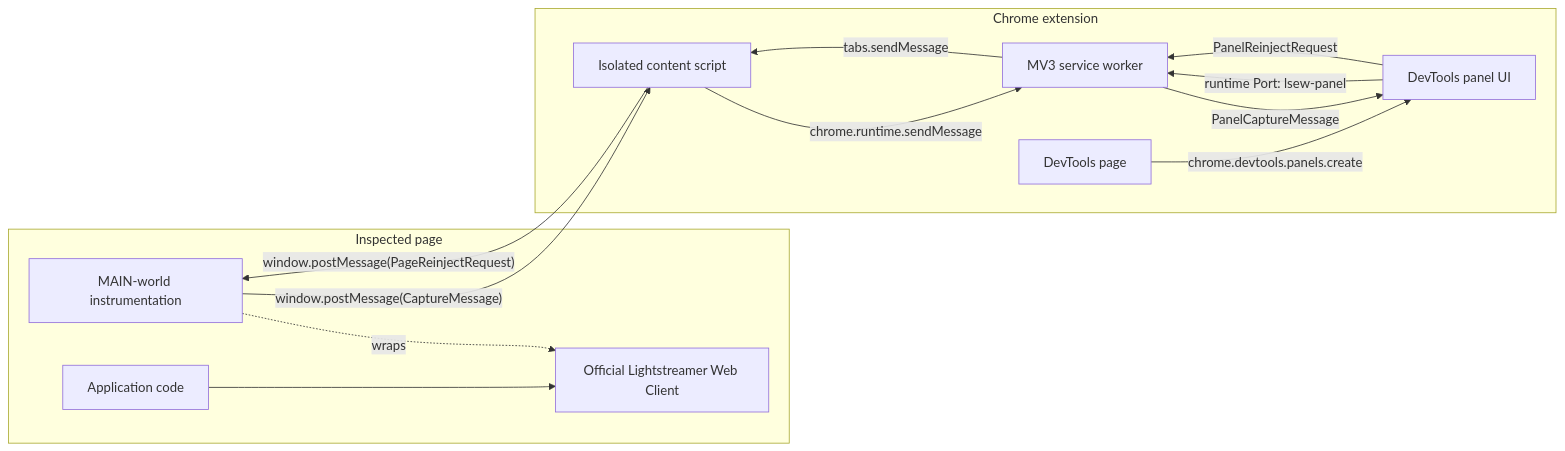
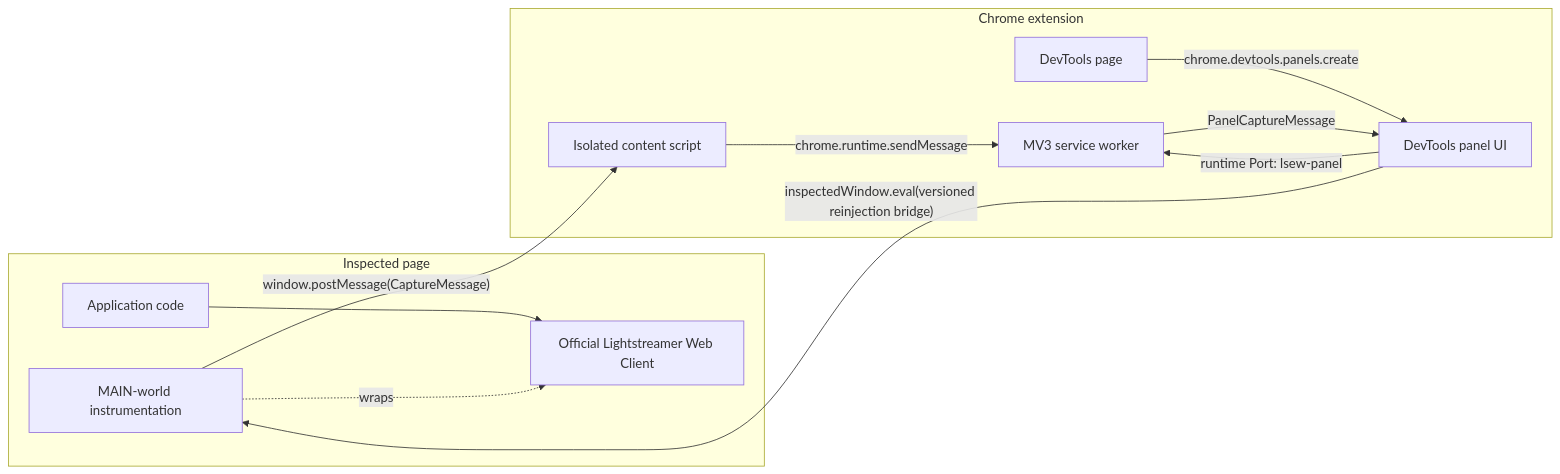
Before and after one commit to imom39a/lightstreamer-workbench-extension: the first of 7 diagrams in docs/ARCHITECTURE.md, drawn with Mermaid. The commit also changed other lines of this file and 5 other files, not shown here.

````diff
--- a/docs/ARCHITECTURE.md
+++ b/docs/ARCHITECTURE.md
@@ -50,26 +50,24 @@
 ```mermaid
 flowchart LR
   subgraph Page["Inspected page"]
     App["Application code"]
     LS["Official Lightstreamer Web Client"]
     Injected["MAIN-world instrumentation"]
   end
 
   subgraph Extension["Chrome extension"]
     Content["Isolated content script"]
     Background["MV3 service worker"]
     Devtools["DevTools page"]
     Panel["DevTools panel UI"]
   end
 
   App --> LS
   Injected -. wraps .-> LS
   Injected -- "window.postMessage(CaptureMessage)" --> Content
   Content -- "chrome.runtime.sendMessage" --> Background
   Devtools -- "chrome.devtools.panels.create" --> Panel
   Panel -- "runtime Port: lsew-panel" --> Background
   Background -- "PanelCaptureMessage" --> Panel
-  Panel -- "PanelReinjectRequest" --> Background
-  Background -- "tabs.sendMessage" --> Content
-  Content -- "window.postMessage(PageReinjectRequest)" --> Injected
+  Panel -- "inspectedWindow.eval(versioned reinjection bridge)" --> Injected
 ```
````
